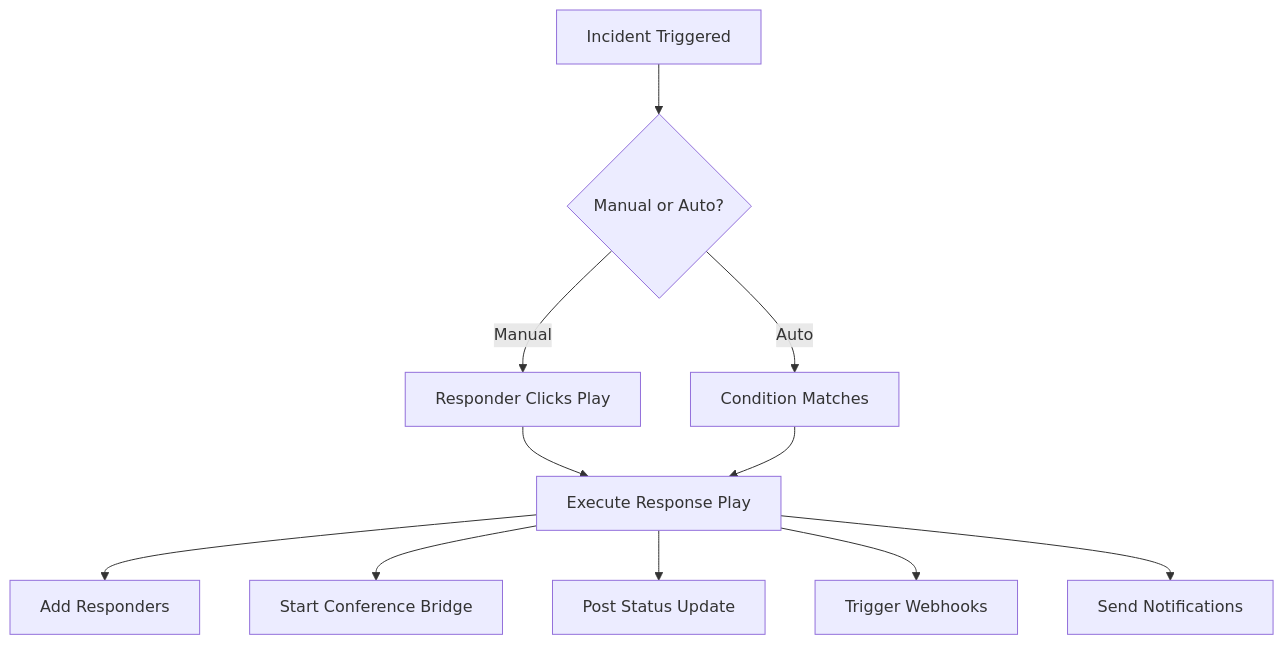
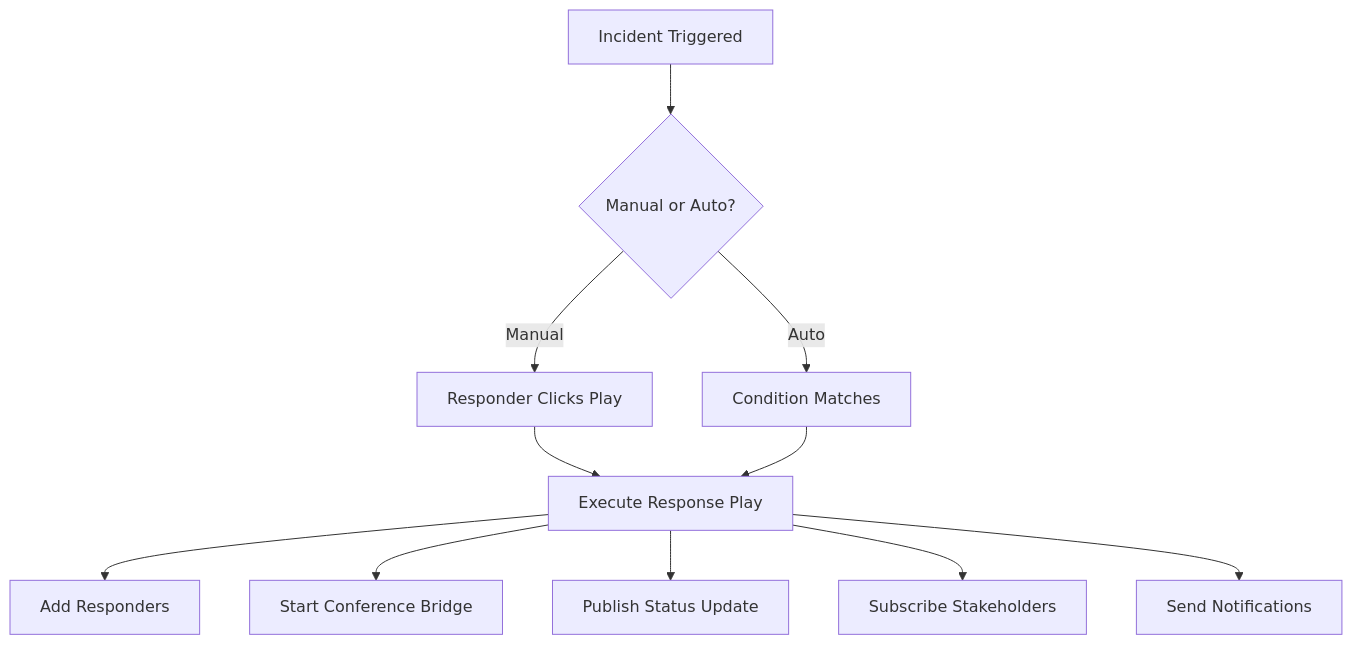
One commit to OneUptime/blog changed the first of 3 diagrams in posts/2026-01-28-pagerduty-response-plays/README.md. Above: the diagram before and after it, drawn with Mermaid. The commit also changed other lines of this file and 2 other files, not shown here.

````diff
--- a/posts/2026-01-28-pagerduty-response-plays/README.md
+++ b/posts/2026-01-28-pagerduty-response-plays/README.md
@@ -17,13 +17,13 @@
 ```mermaid
 flowchart TD
     A[Incident Triggered] --> B{Manual or Auto?}
     B -->|Manual| C[Responder Clicks Play]
     B -->|Auto| D[Condition Matches]
     C --> E[Execute Response Play]
     D --> E
     E --> F[Add Responders]
     E --> G[Start Conference Bridge]
-    E --> H[Post Status Update]
-    E --> I[Trigger Webhooks]
+    E --> H[Publish Status Update]
+    E --> I[Subscribe Stakeholders]
     E --> J[Send Notifications]
 ```
````
